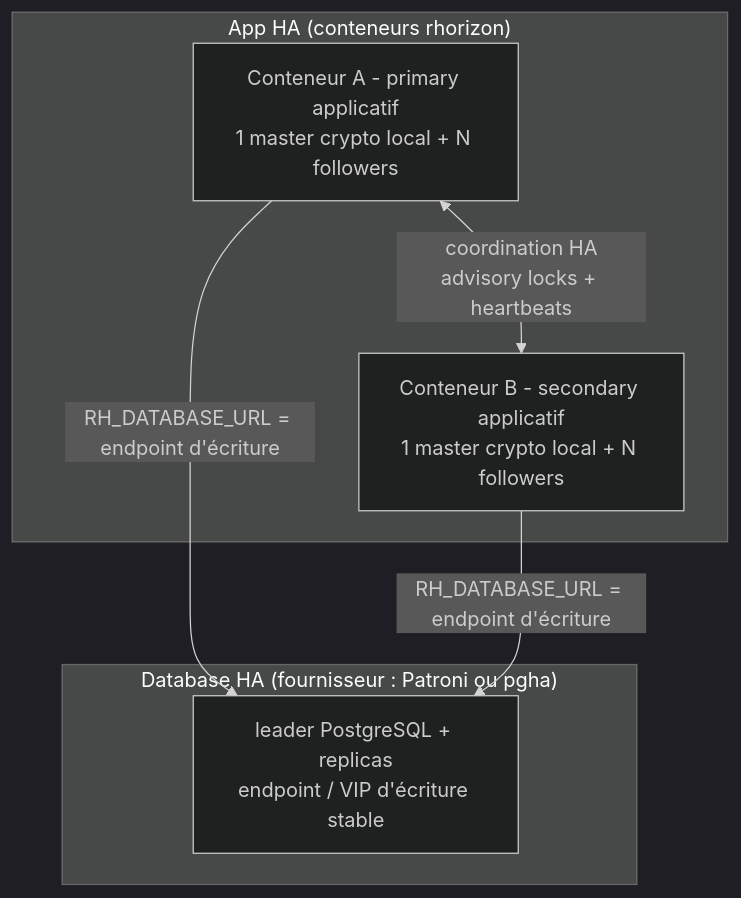
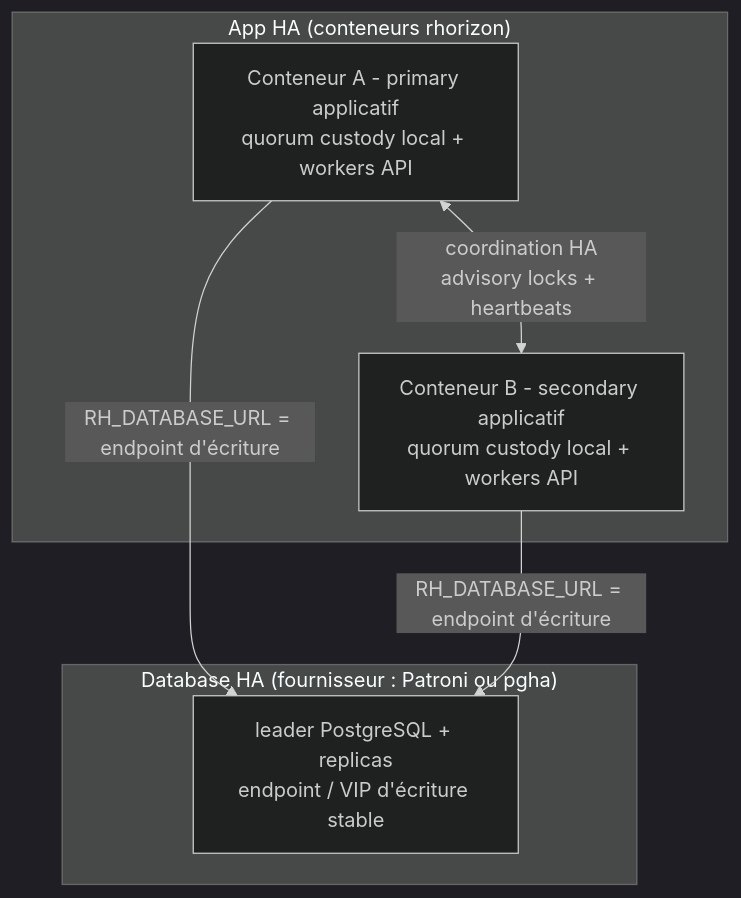
One commit to JR-Shdw/Horizon changed the diagram in docs/fr/HA-CLUSTER.md. Above: the diagram before and after it, drawn with Mermaid (dark theme). The commit also changed other lines of this file and 146 other files, not shown here.

````diff
--- a/docs/fr/HA-CLUSTER.md
+++ b/docs/fr/HA-CLUSTER.md
@@ -85,13 +85,13 @@
 ```mermaid
 flowchart TB
     subgraph PG["Database HA (fournisseur : Patroni ou pgha)"]
         pg["leader PostgreSQL + replicas<br/>endpoint / VIP d'écriture stable"]
     end
     subgraph APP["App HA (conteneurs rhorizon)"]
-        A["Conteneur A - primary applicatif<br/>1 master crypto local + N followers"]
-        B["Conteneur B - secondary applicatif<br/>1 master crypto local + N followers"]
+        A["Conteneur A - primary applicatif<br/>quorum custody local + workers API"]
+        B["Conteneur B - secondary applicatif<br/>quorum custody local + workers API"]
         A <-->|"coordination HA<br/>advisory locks + heartbeats"| B
     end
     A -->|RH_DATABASE_URL = endpoint d'écriture| pg
     B -->|RH_DATABASE_URL = endpoint d'écriture| pg
 ```
````
